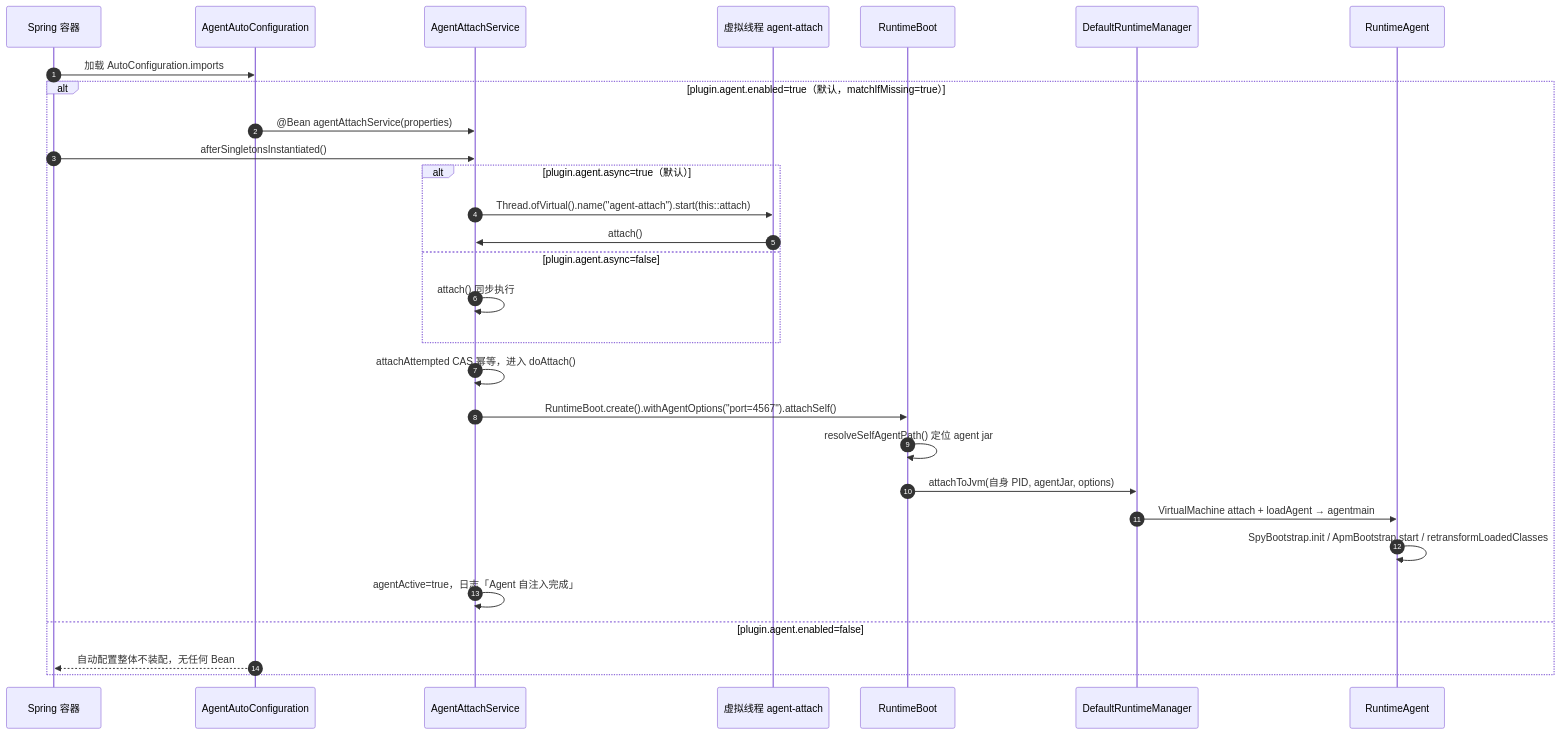
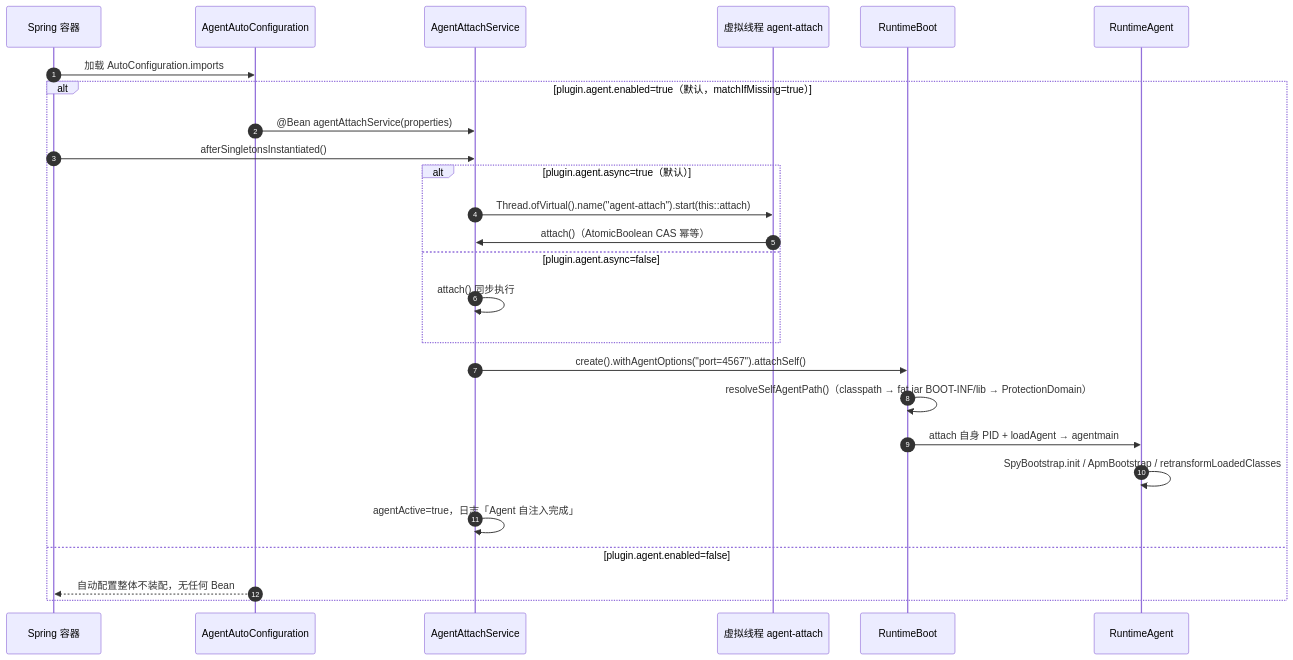
One commit to CHTK001/spring-support-parent-starter changed the second of 2 diagrams in spring-support-agent-starter/README.md. Above: the diagram before and after it, drawn with Mermaid. The commit also changed other lines of this file and 54 other files, not shown here.

````diff
--- a/spring-support-agent-starter/README.md
+++ b/spring-support-agent-starter/README.md
@@ -67,32 +41,28 @@
 ```mermaid
 sequenceDiagram
     autonumber
     participant C as Spring 容器
     participant AC as AgentAutoConfiguration
     participant AS as AgentAttachService
     participant VT as 虚拟线程 agent-attach
     participant RB as RuntimeBoot
-    participant RM as DefaultRuntimeManager
     participant RA as RuntimeAgent
-
     C->>AC: 加载 AutoConfiguration.imports
     alt plugin.agent.enabled=true（默认，matchIfMissing=true）
         AC->>AS: @Bean agentAttachService(properties)
         C->>AS: afterSingletonsInstantiated()
         alt plugin.agent.async=true（默认）
             AS->>VT: Thread.ofVirtual().name("agent-attach").start(this::attach)
-            VT->>AS: attach()
+            VT->>AS: attach()（AtomicBoolean CAS 幂等）
         else plugin.agent.async=false
             AS->>AS: attach() 同步执行
         end
-        AS->>AS: attachAttempted CAS 幂等，进入 doAttach()
-        AS->>RB: RuntimeBoot.create().withAgentOptions("port=4567").attachSelf()
-        RB->>RB: resolveSelfAgentPath() 定位 agent jar
-        RB->>RM: attachToJvm(自身 PID, agentJar, options)
-        RM->>RA: VirtualMachine attach + loadAgent → agentmain
-        RA->>RA: SpyBootstrap.init / ApmBootstrap.start / retransformLoadedClasses
+        AS->>RB: create().withAgentOptions("port=4567").attachSelf()
+        RB->>RB: resolveSelfAgentPath()（classpath → fat jar BOOT-INF/lib → ProtectionDomain）
+        RB->>RA: attach 自身 PID + loadAgent → agentmain
+        RA->>RA: SpyBootstrap.init / ApmBootstrap / retransformLoadedClasses
         AS->>AS: agentActive=true，日志「Agent 自注入完成」
     else plugin.agent.enabled=false
         AC-->>C: 自动配置整体不装配，无任何 Bean
     end
 ```
````
